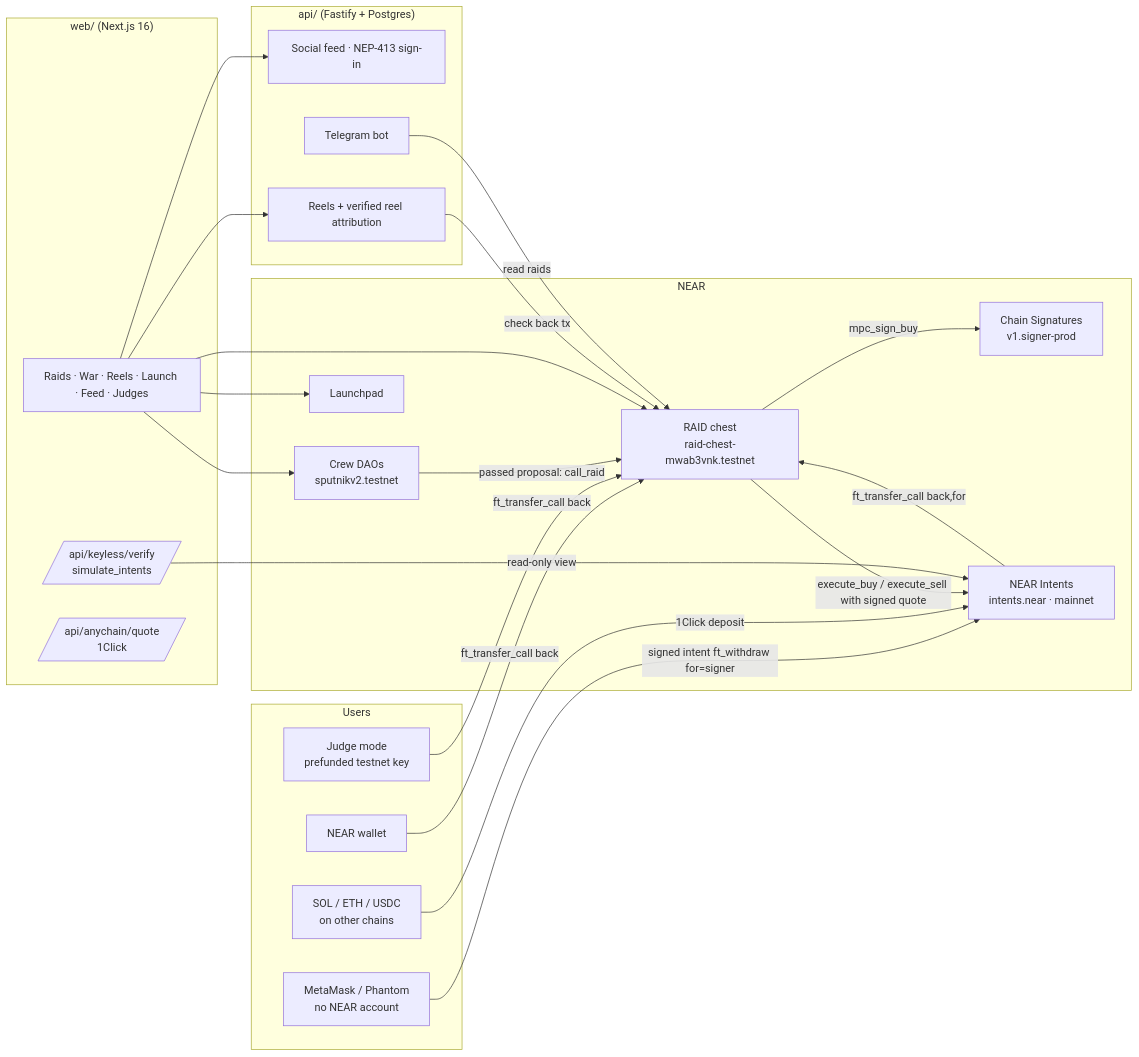
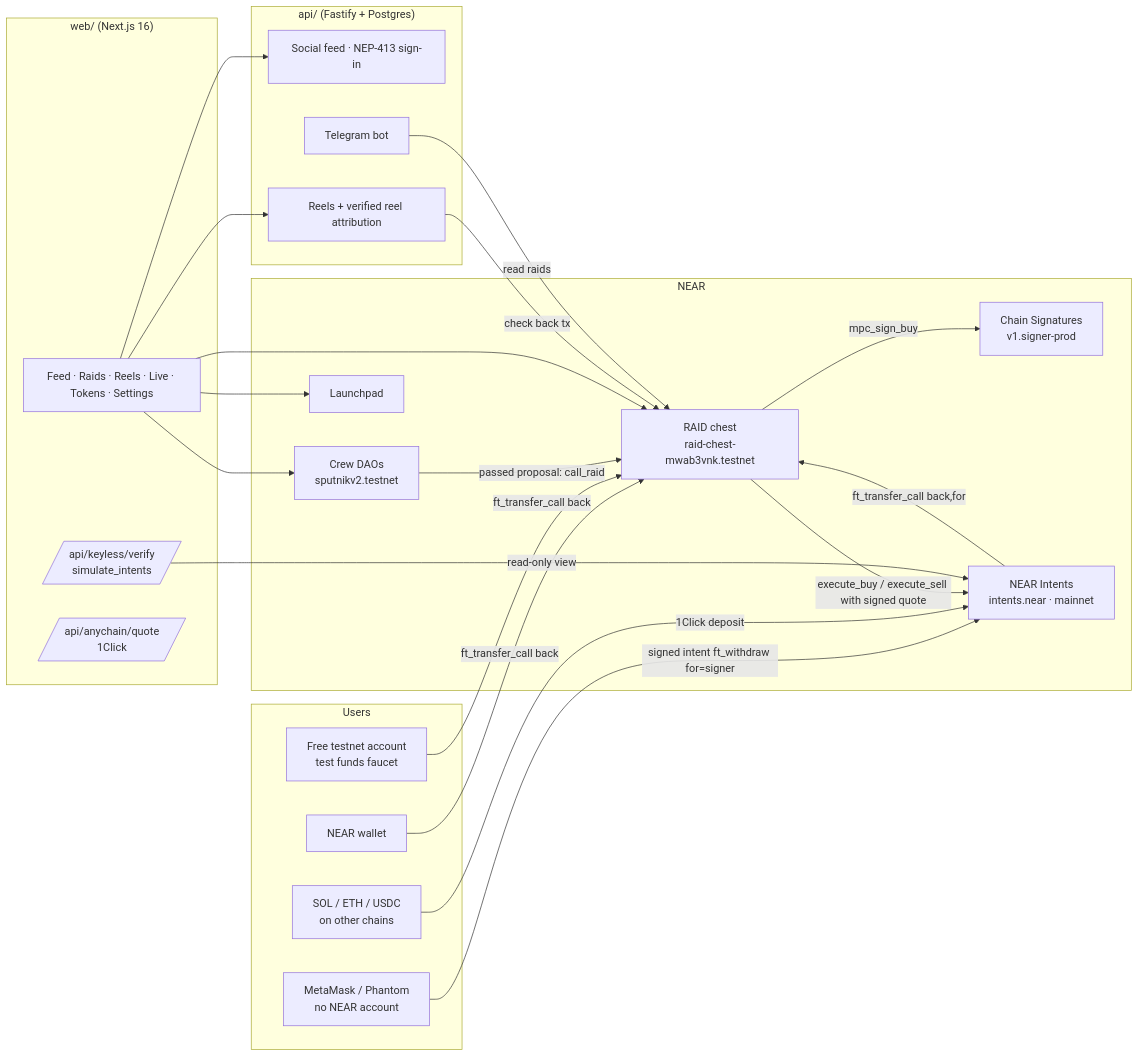
The diagram in README.md (xElvolution/raid), drawn with Mermaid before and after one commit. The commit also changed other lines of this file and 2 other files, not shown here.

Commit message:
Docs: update try-it steps and live links

````diff
--- a/README.md
+++ b/README.md
@@ -53,38 +53,38 @@
 ```mermaid
 flowchart LR
   subgraph Users
     N[NEAR wallet]
     MM[MetaMask / Phantom<br/>no NEAR account]
     X[SOL / ETH / USDC<br/>on other chains]
-    J[Judge mode<br/>prefunded testnet key]
+    J[Free testnet account<br/>test funds faucet]
   end
   subgraph Web["web/ (Next.js 16)"]
-    UI[Raids · War · Reels · Launch · Feed · Judges]
+    UI[Feed · Raids · Reels · Live · Tokens · Settings]
     KV[/api/keyless/verify<br/>simulate_intents/]
     Q[/api/anychain/quote<br/>1Click/]
   end
   subgraph API["api/ (Fastify + Postgres)"]
     SOC[Social feed · NEP-413 sign-in]
     RL[Reels + verified reel attribution]
     TG[Telegram bot]
   end
   subgraph NEAR
     DAO[Crew DAOs<br/>sputnikv2.testnet]
     CH[RAID chest<br/>raid-chest-mwab3vnk.testnet]
     LP[Launchpad]
     MPC[Chain Signatures<br/>v1.signer-prod]
     INT[NEAR Intents<br/>intents.near · mainnet]
   end
   N & J -->|ft_transfer_call back| CH
   MM -->|signed intent ft_withdraw for=signer| INT
   X -->|1Click deposit| INT
   INT -->|ft_transfer_call back,for| CH
   DAO -->|passed proposal: call_raid| CH
   CH -->|execute_buy / execute_sell with signed quote| INT
   CH -->|mpc_sign_buy| MPC
   UI --> CH & LP & DAO
   UI --> SOC & RL
   KV -->|read-only view| INT
   RL -->|check back tx| CH
   TG -->|read raids| CH
 ```
````
